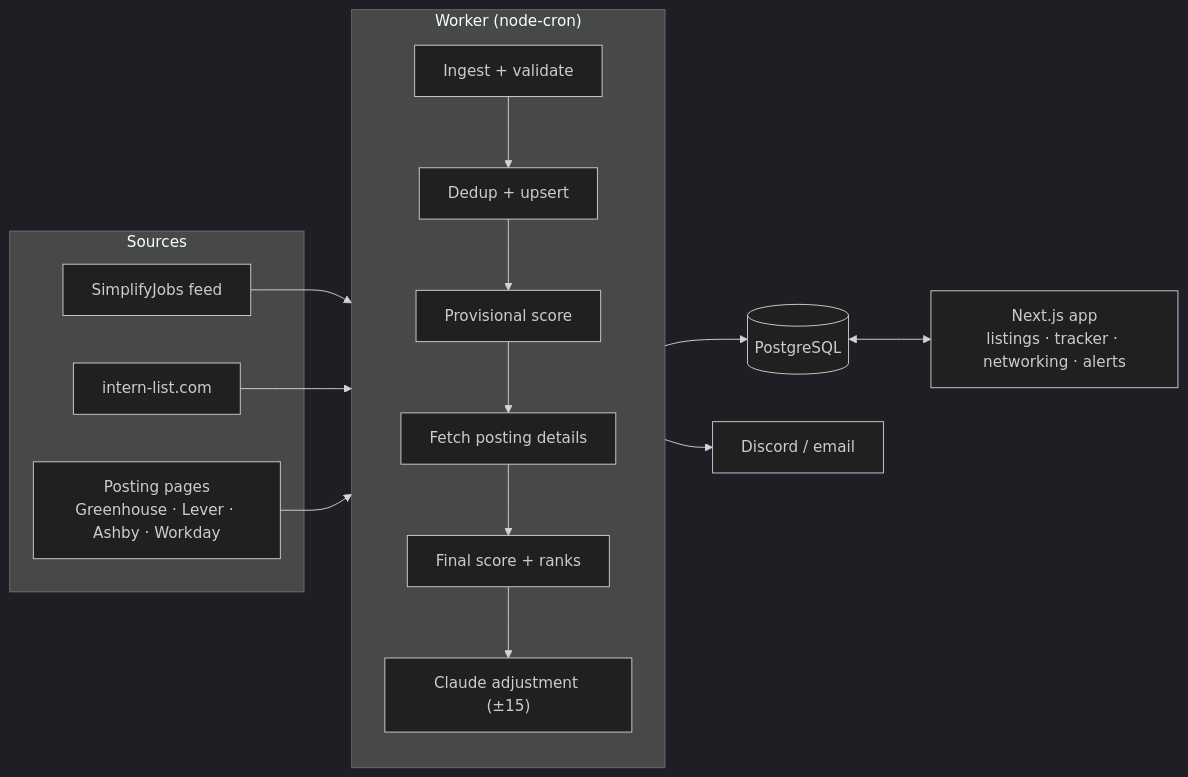
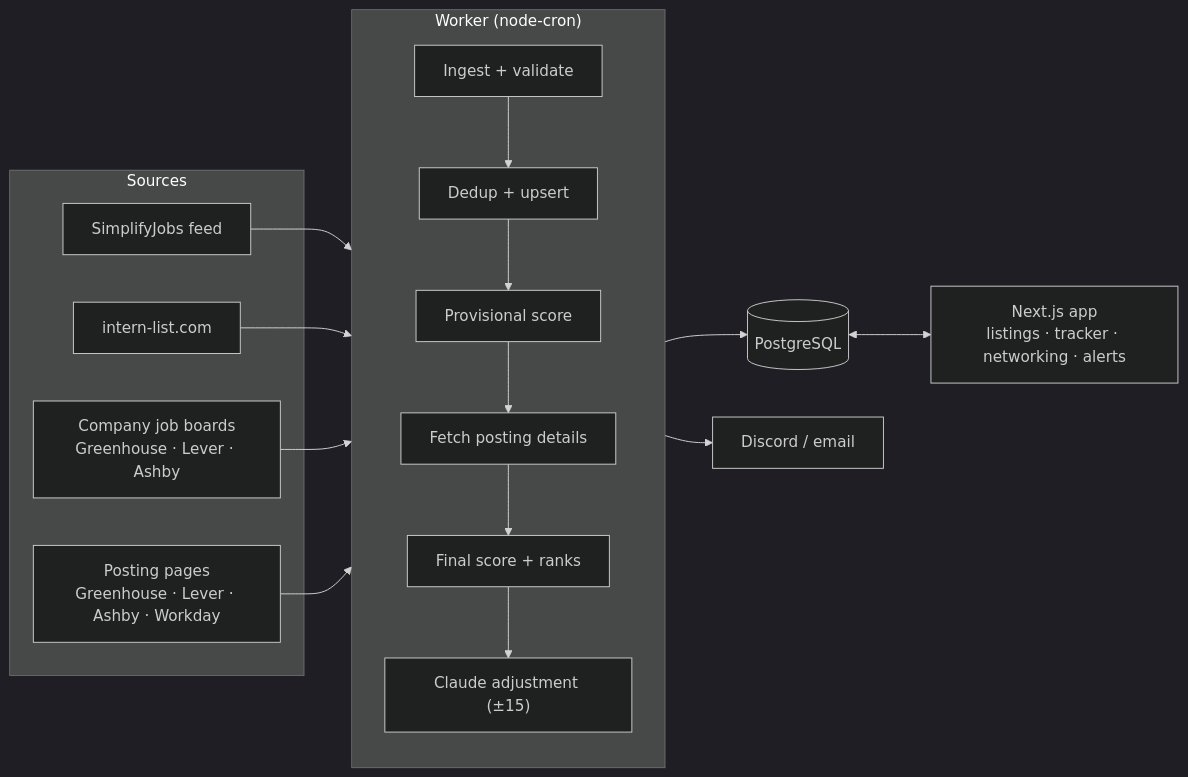
The diagram in README.md (jaydenmistry/internship-tracker), drawn with Mermaid (dark theme) before and after one commit. The commit also changed other lines of this file and 35 other files, not shown here.

Commit message:
add company job boards and direct apply links

````diff
--- a/README.md
+++ b/README.md
@@ -33,25 +33,27 @@
 ```mermaid
 flowchart LR
   subgraph sources["Sources"]
     S1["SimplifyJobs feed"]
     S2["intern-list.com"]
+    S3["Company job boards<br/>Greenhouse · Lever · Ashby"]
     ATS["Posting pages<br/>Greenhouse · Lever · Ashby · Workday"]
   end
 
   subgraph worker["Worker (node-cron)"]
     direction TB
     I["Ingest + validate"] --> D["Dedup + upsert"] --> P["Provisional score"]
     P --> F["Fetch posting details"] --> R["Final score + ranks"] --> L["Claude adjustment (±15)"]
   end
 
   DB[("PostgreSQL")]
   APP["Next.js app<br/>listings · tracker · networking · alerts"]
   OUT["Discord / email"]
 
   S1 --> I
   S2 --> I
+  S3 --> I
   ATS --> F
   worker --> DB
   DB <--> APP
   worker --> OUT
 ```
````
